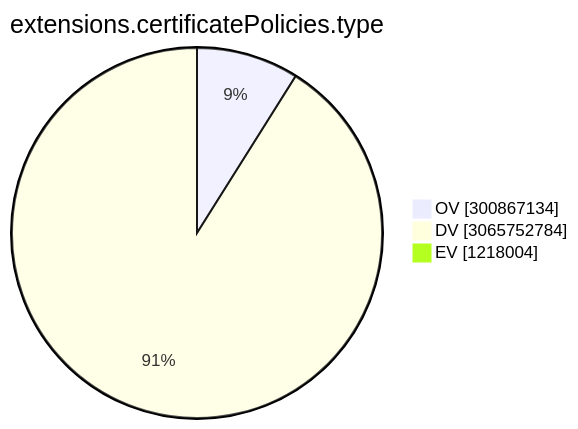
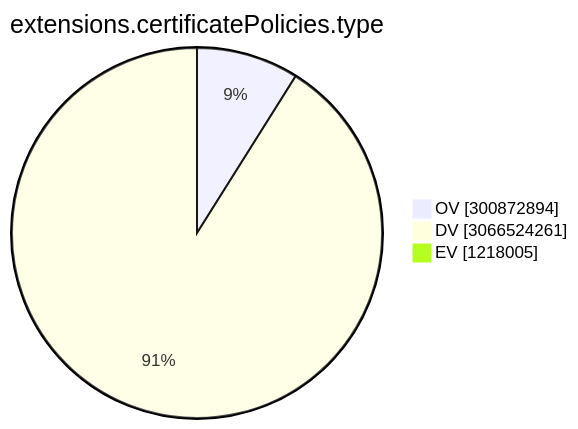
Before and after one commit to christiankrug/ctmonitor_visualization: the ninth of 15 diagrams in TOTAL/README.md, drawn with Mermaid. The commit also changed other lines of this file, not shown here.

````diff
--- a/TOTAL/README.md
+++ b/TOTAL/README.md
@@ -3102,7 +3102,7 @@
 ```mermaid
 pie showData
 title extensions.certificatePolicies.type
-"OV" :300867134
-"DV" :3065752784
-"EV" :1218004
+"OV" :300872894
+"DV" :3066524261
+"EV" :1218005
 ```
````
